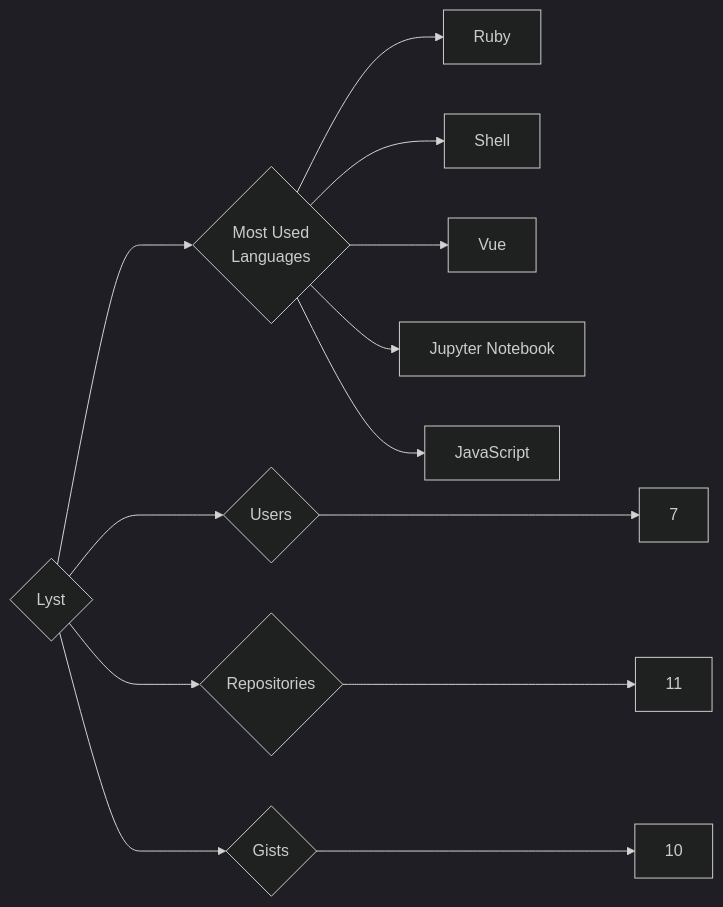
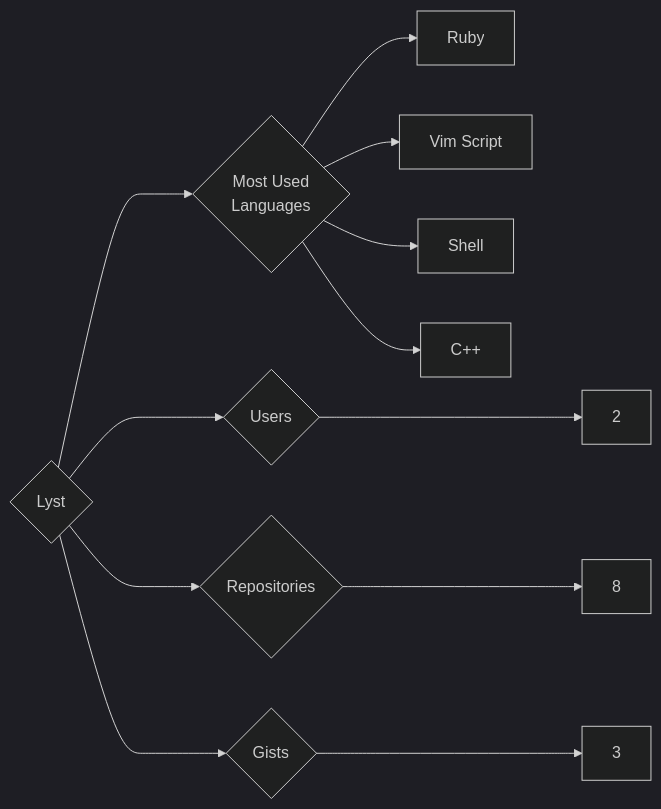
Before and after one commit to trickest/insiders: the diagram in targets/Lyst/README.md, drawn with Mermaid (dark theme). The commit also changed 903 other files, not shown here.

````diff
--- a/targets/Lyst/README.md
+++ b/targets/Lyst/README.md
@@ -3,13 +3,12 @@
 ```mermaid
 graph LR
 COMPANY_NAME{Lyst}
-COMPANY_NAME ---> U{Users} ---> UN[7]
-COMPANY_NAME ---> R{Repositories} ---> RN[11]
-COMPANY_NAME ---> G{Gists} ---> GN[10]
+COMPANY_NAME ---> U{Users} ---> UN[2]
+COMPANY_NAME ---> R{Repositories} ---> RN[8]
+COMPANY_NAME ---> G{Gists} ---> GN[3]
 COMPANY_NAME ---> ML{Most Used<br>Languages}
 ML --> Ruby[Ruby]
+ML --> Vim_Script[Vim Script]
 ML --> Shell[Shell]
-ML --> Vue[Vue]
-ML --> Jupyter_Notebook[Jupyter Notebook]
-ML --> JavaScript[JavaScript]
+ML --> C++[C++]
 ```
````
